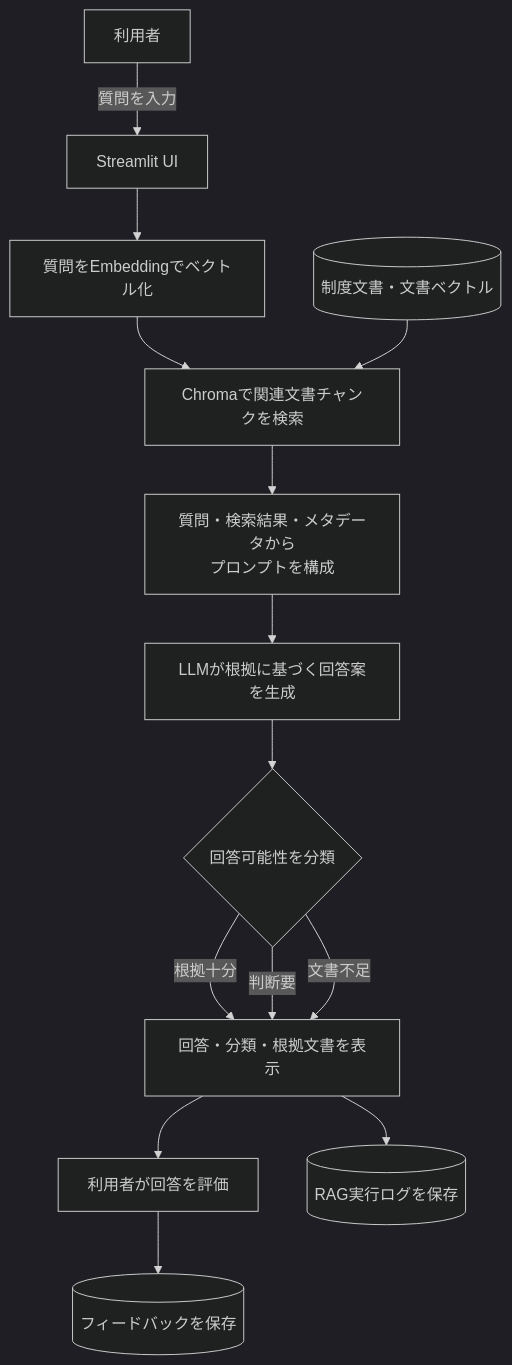
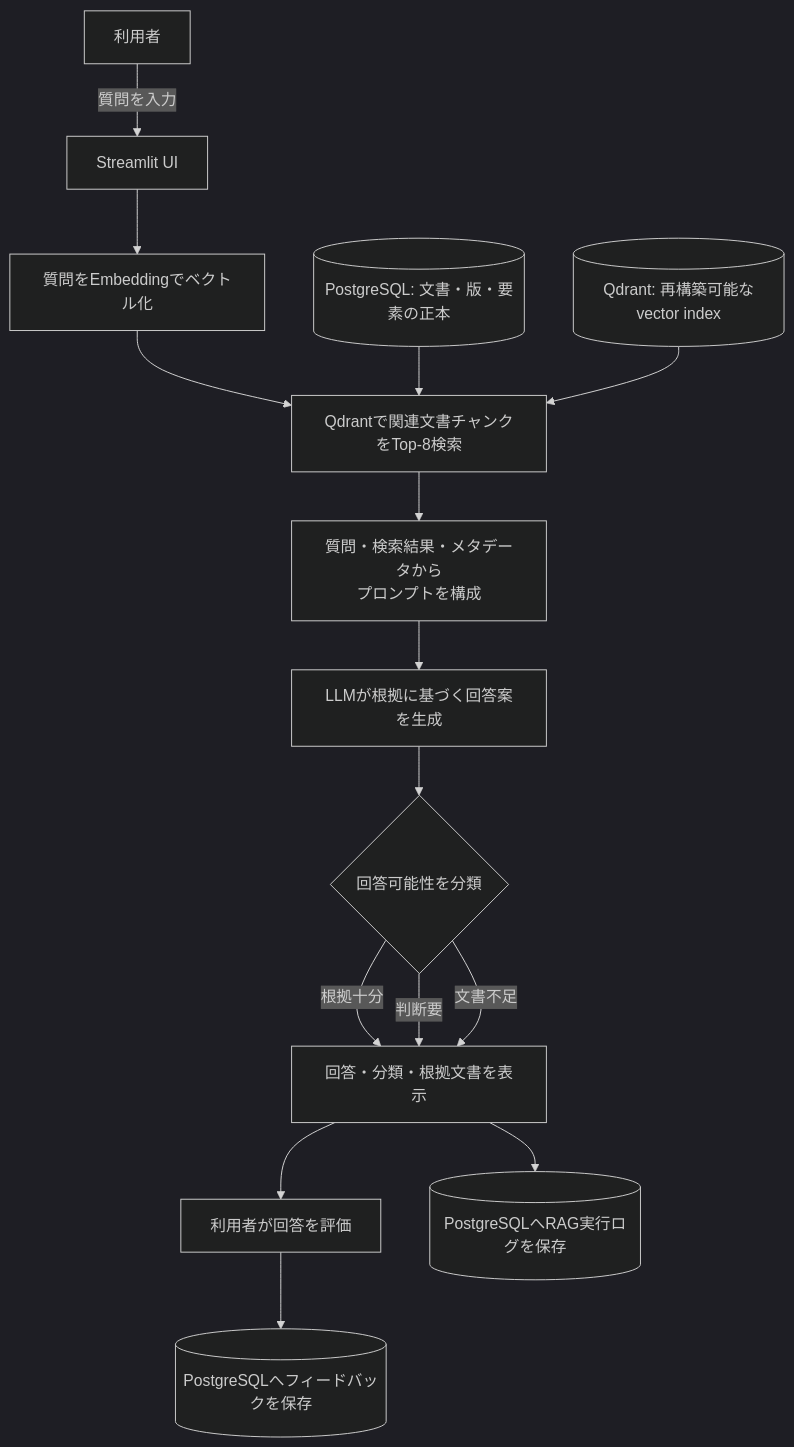
One commit to toko1970/municipal-rag-assistant changed the first of 2 diagrams in README.md. Above: the diagram before and after it, drawn with Mermaid (dark theme). The commit also changed other lines of this file and 11 other files, not shown here.

````diff
--- a/README.md
+++ b/README.md
@@ -56,16 +56,17 @@
 ```mermaid
 flowchart TD
     A["利用者"] -->|質問を入力| B["Streamlit UI"]
     B --> C["質問をEmbeddingでベクトル化"]
-    C --> D["Chromaで関連文書チャンクを検索"]
-    E[("制度文書・文書ベクトル")] --> D
+    C --> D["Qdrantで関連文書チャンクをTop-8検索"]
+    E[("PostgreSQL: 文書・版・要素の正本")] --> D
+    V[("Qdrant: 再構築可能なvector index")] --> D
     D --> F["質問・検索結果・メタデータから<br/>プロンプトを構成"]
     F --> G["LLMが根拠に基づく回答案を生成"]
     G --> H{"回答可能性を分類"}
     H -->|根拠十分| I["回答・分類・根拠文書を表示"]
     H -->|判断要| I
     H -->|文書不足| I
     I --> J["利用者が回答を評価"]
-    I --> K[("RAG実行ログを保存")]
-    J --> L[("フィードバックを保存")]
+    I --> K[("PostgreSQLへRAG実行ログを保存")]
+    J --> L[("PostgreSQLへフィードバックを保存")]
 ```
````
